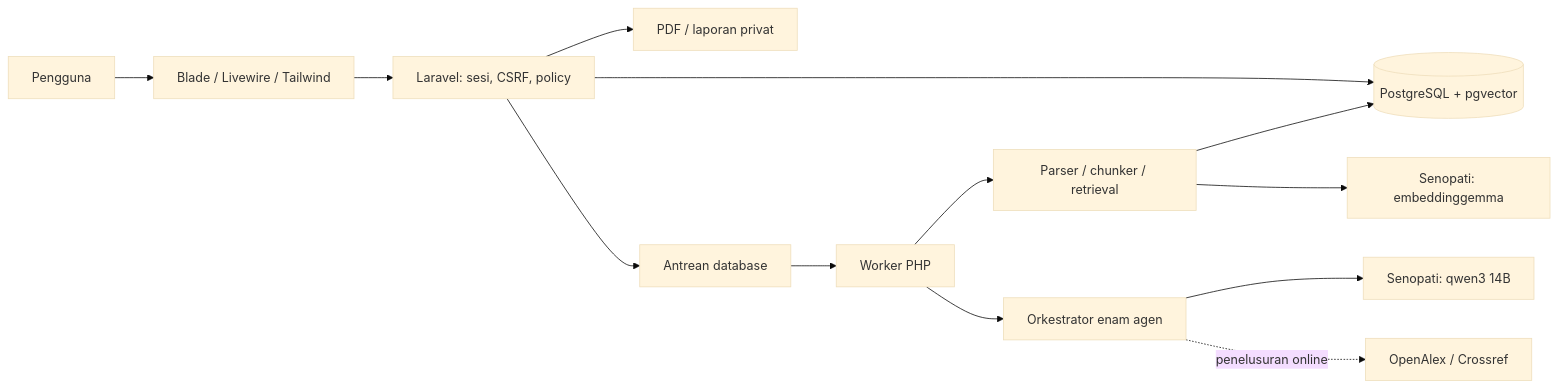
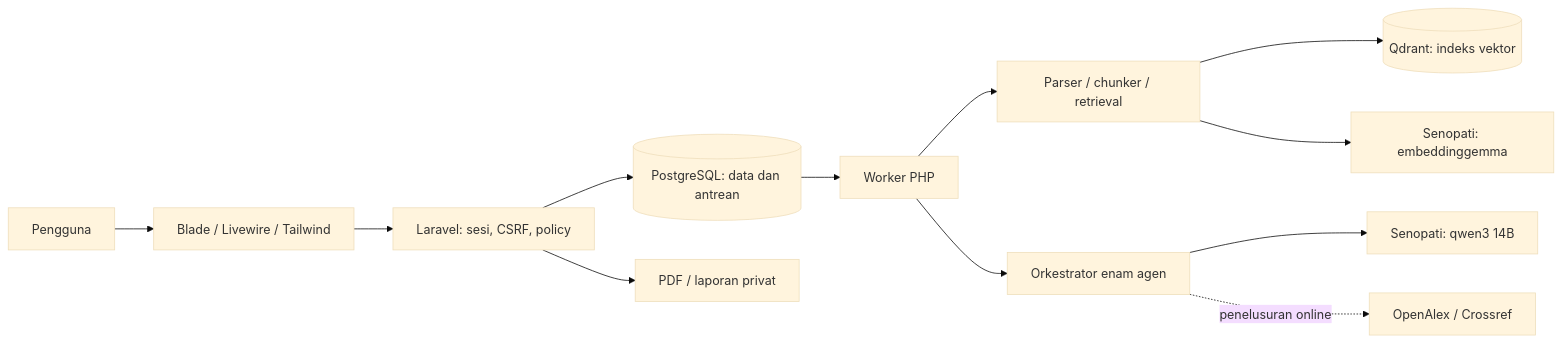
One commit to Marcellohugo/Researchmate changed the first of 2 diagrams in README.md. Above: the diagram before and after it, drawn with Mermaid (base theme). The commit also changed other lines of this file and 48 other files, not shown here.

````diff
--- a/README.md
+++ b/README.md
@@ -112,15 +181,14 @@
 ```mermaid
 flowchart LR
     U[Pengguna] --> B[Blade / Livewire / Tailwind]
     B --> A[Laravel: sesi, CSRF, policy]
-    A --> D[(PostgreSQL + pgvector)]
+    A --> D[(PostgreSQL: data dan antrean)]
     A --> F[PDF / laporan privat]
-    A --> Q[Antrean database]
-    Q --> W[Worker PHP]
+    D --> W[Worker PHP]
     W --> P[Parser / chunker / retrieval]
+    P --> Q[(Qdrant: indeks vektor)]
+    P --> S[Senopati: embeddinggemma]
     W --> O[Orkestrator enam agen]
-    P --> D
-    P --> S[Senopati: embeddinggemma]
     O --> C[Senopati: qwen3 14B]
     O -. penelusuran online .-> X[OpenAlex / Crossref]
 ```
````
